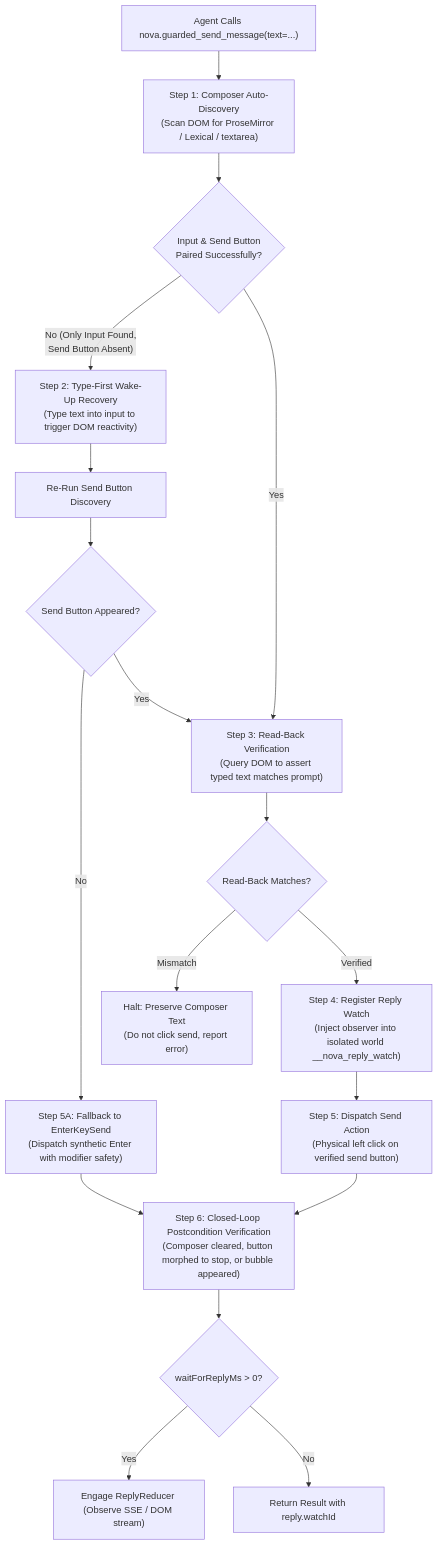
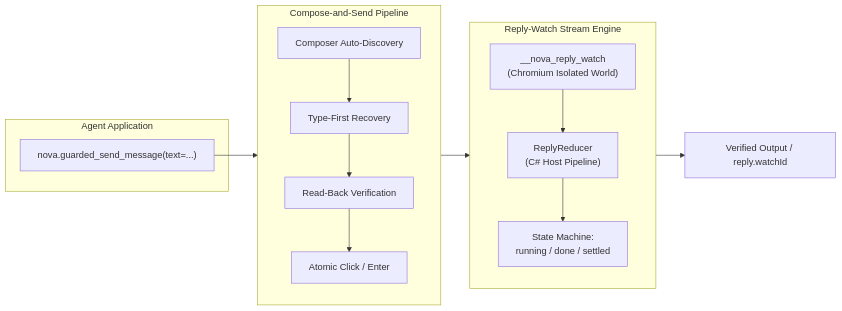
One commit to joelaniol/nova changed the diagram in docs/core-features/guarded-interactions/chat-macro/README.md. Above: the diagram before and after it, drawn with Mermaid. The commit also changed other lines of this file and 111 other files, not shown here.

Commit message:
docs: History tab user guide, alpha.21 changelog (history filter, settings link, reload dedupe), modular architecture guides, sandbox lifecycle page corrected

````diff
--- a/docs/core-features/guarded-interactions/chat-macro/README.md
+++ b/docs/core-features/guarded-interactions/chat-macro/README.md
@@ -44,27 +40,21 @@
 ```mermaid
-flowchart TD
-    Invoke["Agent Calls nova.guarded_send_message(text=...)"] --> Step1["Step 1: Composer Auto-Discovery\n(Scan DOM for ProseMirror / Lexical / textarea)"]
+flowchart LR
+    subgraph Client["Agent Application"]
+        AgentCall["nova.guarded_send_message(text=...)"]
+    end
 
-    Step1 --> PairCheck{"Input & Send Button\nPaired Successfully?"}
+    subgraph Pipeline["Compose-and-Send Pipeline"]
+        Discovery["Composer Auto-Discovery"] --> WakeUp["Type-First Recovery"]
+        WakeUp --> ReadBack["Read-Back Verification"]
+        ReadBack --> Dispatch["Atomic Click / Enter"]
+    end
 
-    PairCheck -- "No (Only Input Found,\nSend Button Absent)" --> Step2["Step 2: Type-First Wake-Up Recovery\n(Type text into input to trigger DOM reactivity)"]
-    Step2 --> ReDiscover["Re-Run Send Button Discovery"]
-    ReDiscover --> RePairCheck{"Send Button Appeared?"}
-    RePairCheck -- "No" --> FallbackEnter["Step 5A: Fallback to EnterKeySend\n(Dispatch synthetic Enter with modifier safety)"]
-    RePairCheck -- "Yes" --> Step3
+    subgraph WatchEngine["Reply-Watch Stream Engine"]
+        IsolatedObserver["__nova_reply_watch\n(Chromium Isolated World)"] --> HostReducer["ReplyReducer\n(C# Host Pipeline)"]
+        HostReducer --> StateEval["State Machine:\nrunning / done / settled"]
+    end
 
-    PairCheck -- "Yes" --> Step3["Step 3: Read-Back Verification\n(Query DOM to assert typed text matches prompt)"]
-
-    Step3 --> ReadBackCheck{"Read-Back Matches?"}
-    ReadBackCheck -- "Mismatch" --> AbortText["Halt: Preserve Composer Text\n(Do not click send, report error)"]
-    ReadBackCheck -- "Verified" --> Step4["Step 4: Register Reply Watch\n(Inject observer into isolated world __nova_reply_watch)"]
-
-    Step4 --> Step5["Step 5: Dispatch Send Action\n(Physical left click on verified send button)"]
-    FallbackEnter --> Step6
-
-    Step5 --> Step6["Step 6: Closed-Loop Postcondition Verification\n(Composer cleared, button morphed to stop, or bubble appeared)"]
-
-    Step6 --> StreamWait{"waitForReplyMs > 0?"}
-    StreamWait -- "Yes" --> AwaitReply["Engage ReplyReducer (Observe SSE / DOM stream)"]
-    StreamWait -- "No" --> ImmediateReturn["Return Result with reply.watchId"]
+    AgentCall --> Pipeline
+    Pipeline --> WatchEngine
+    WatchEngine --> Result["Verified Output / reply.watchId"]
 ```
````
